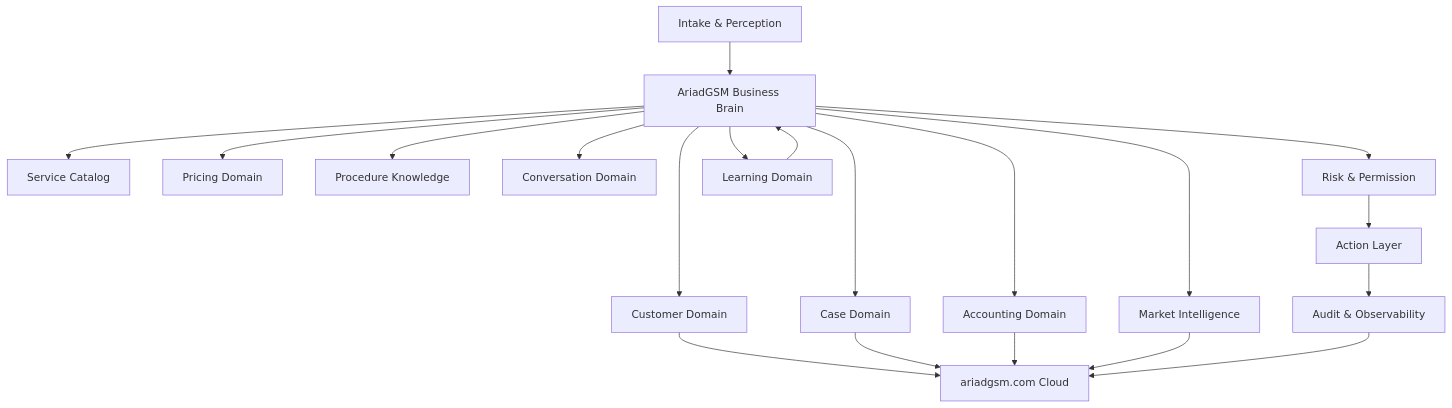
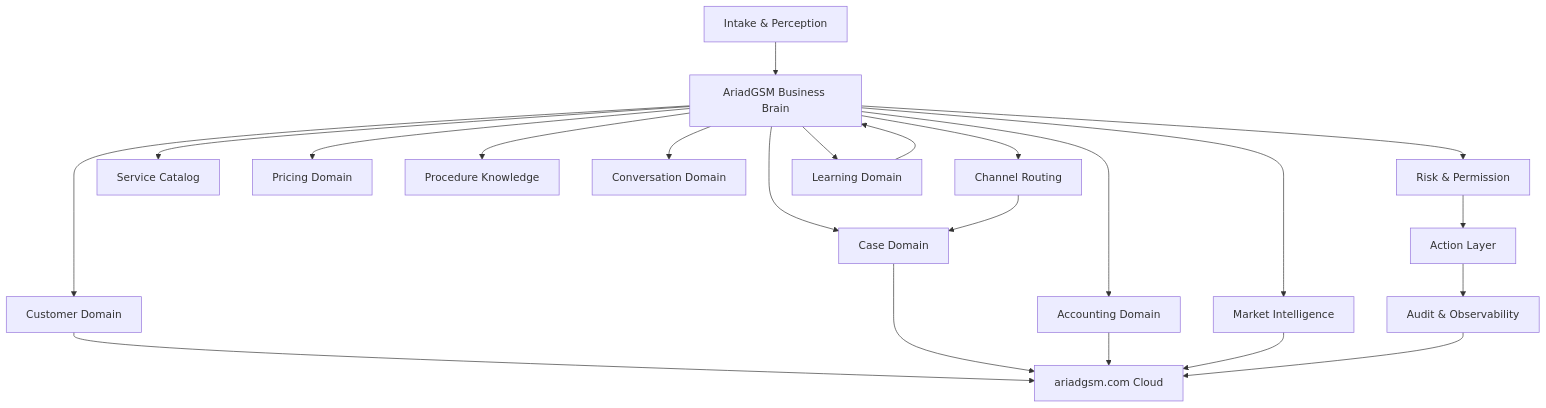
Before and after one commit to raugsm/miweb-2.0: the diagram in docs/ARIADGSM_BUSINESS_DOMAIN_MAP.md, drawn with Mermaid. The commit also changed other lines of this file, not shown here.

````diff
--- a/docs/ARIADGSM_BUSINESS_DOMAIN_MAP.md
+++ b/docs/ARIADGSM_BUSINESS_DOMAIN_MAP.md
@@ -179,38 +180,41 @@
 ```mermaid
 flowchart TB
   Brain["AriadGSM Business Brain"]
   Intake["Intake & Perception"]
   Customer["Customer Domain"]
+  Routing["Channel Routing"]
   Case["Case Domain"]
   Service["Service Catalog"]
   Pricing["Pricing Domain"]
   Accounting["Accounting Domain"]
   Market["Market Intelligence"]
   Procedure["Procedure Knowledge"]
   Conversation["Conversation Domain"]
   Action["Action Layer"]
   Risk["Risk & Permission"]
   Learning["Learning Domain"]
   Cloud["ariadgsm.com Cloud"]
   Audit["Audit & Observability"]
 
   Intake --> Brain
   Brain --> Customer
+  Brain --> Routing
   Brain --> Case
   Brain --> Service
   Brain --> Pricing
   Brain --> Accounting
   Brain --> Market
   Brain --> Procedure
   Brain --> Conversation
   Brain --> Risk
   Risk --> Action
   Action --> Audit
   Brain --> Learning
   Learning --> Brain
   Customer --> Cloud
+  Routing --> Case
   Case --> Cloud
   Accounting --> Cloud
   Market --> Cloud
   Audit --> Cloud
 ```
````
